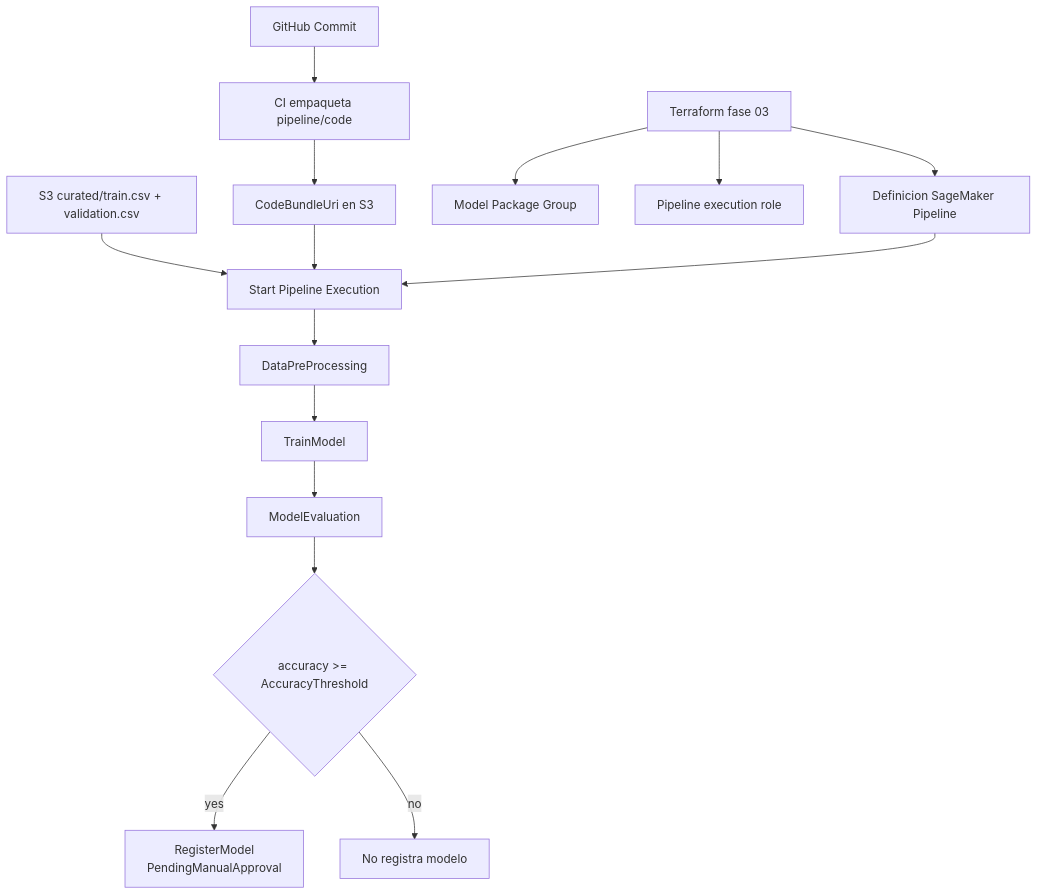
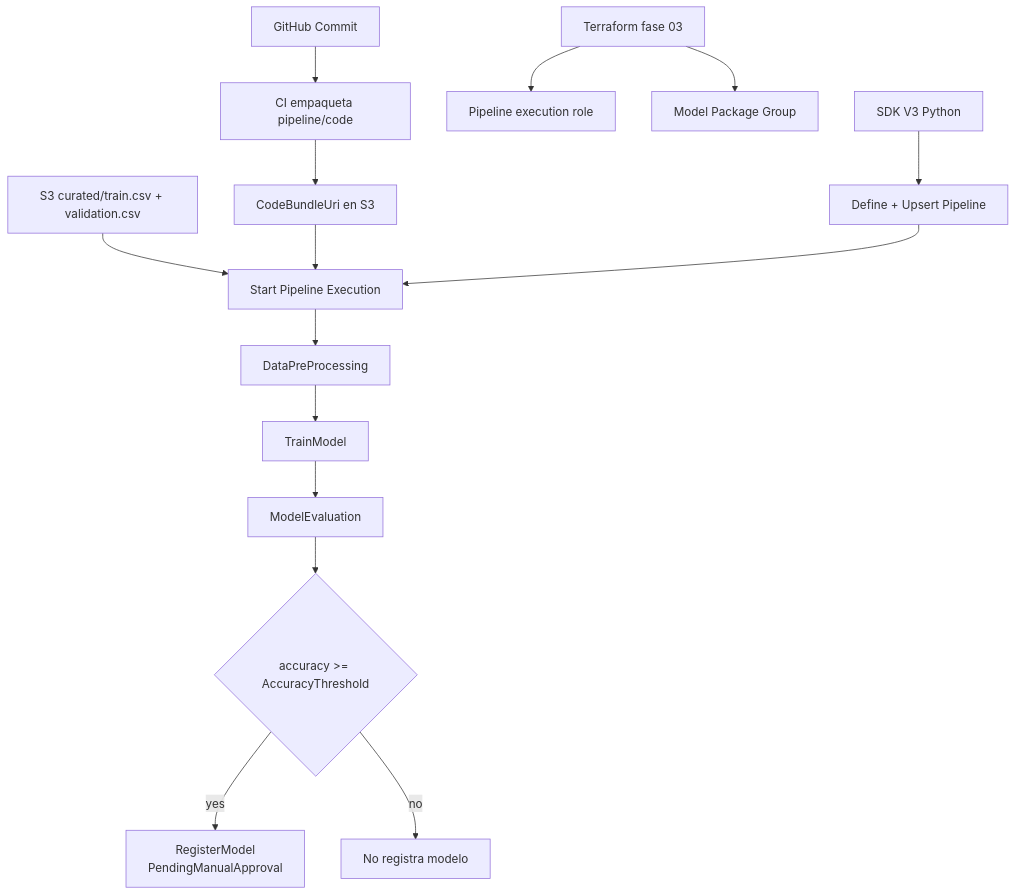
The diagram in docs/tutorials/03-sagemaker-pipeline.md (JoanClaverolVolotea/titanic_sagemaker), drawn with Mermaid before and after one commit. The commit also changed other lines of this file and 8 other files, not shown here.

First line of the commit message:
docs: rewrite tutorials for SageMaker SDK V3

````diff
--- a/docs/tutorials/03-sagemaker-pipeline.md
+++ b/docs/tutorials/03-sagemaker-pipeline.md
@@ -160,17 +87,17 @@
 ```mermaid
 flowchart TD
   GH[GitHub Commit] --> CI[CI empaqueta pipeline/code]
   CI --> S3C[CodeBundleUri en S3]
-  TF[Terraform fase 03] --> PDef[Definicion SageMaker Pipeline]
+  TF[Terraform fase 03] --> IAM[Pipeline execution role]
   TF --> MPG[Model Package Group]
-  TF --> Role[Pipeline execution role]
+  SDK[SDK V3 Python] --> PDef[Define + Upsert Pipeline]
   S3D[S3 curated/train.csv + validation.csv] --> PExec
   S3C --> PExec[Start Pipeline Execution]
   PDef --> PExec
   PExec --> S1[DataPreProcessing]
   S1 --> S2[TrainModel]
-  S2 --> S3[ModelEvaluation]
-  S3 --> G{accuracy >= AccuracyThreshold}
+  S2 --> S3e[ModelEvaluation]
+  S3e --> G{accuracy >= AccuracyThreshold}
   G -- yes --> S4[RegisterModel\nPendingManualApproval]
   G -- no --> F[No registra modelo]
 ```
````
